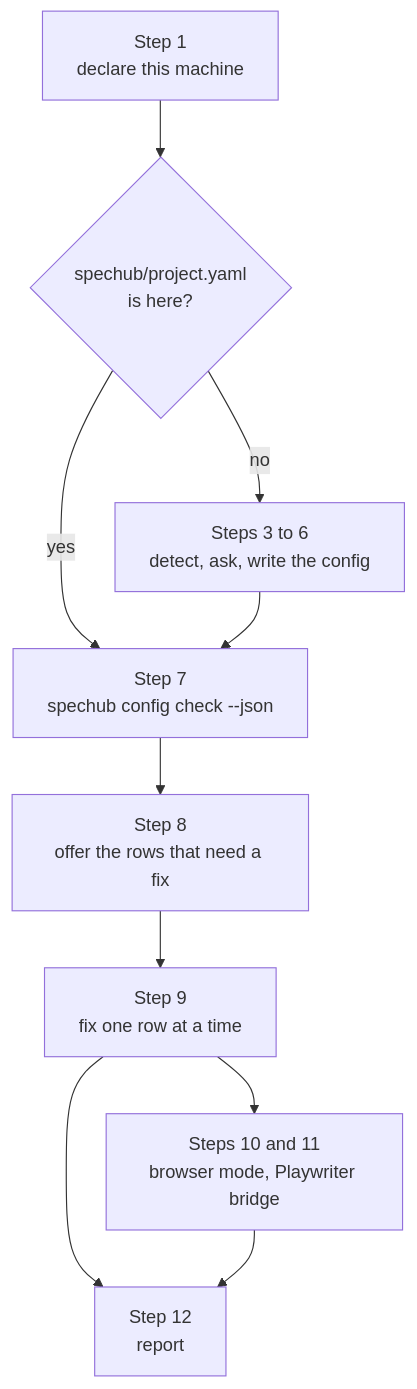
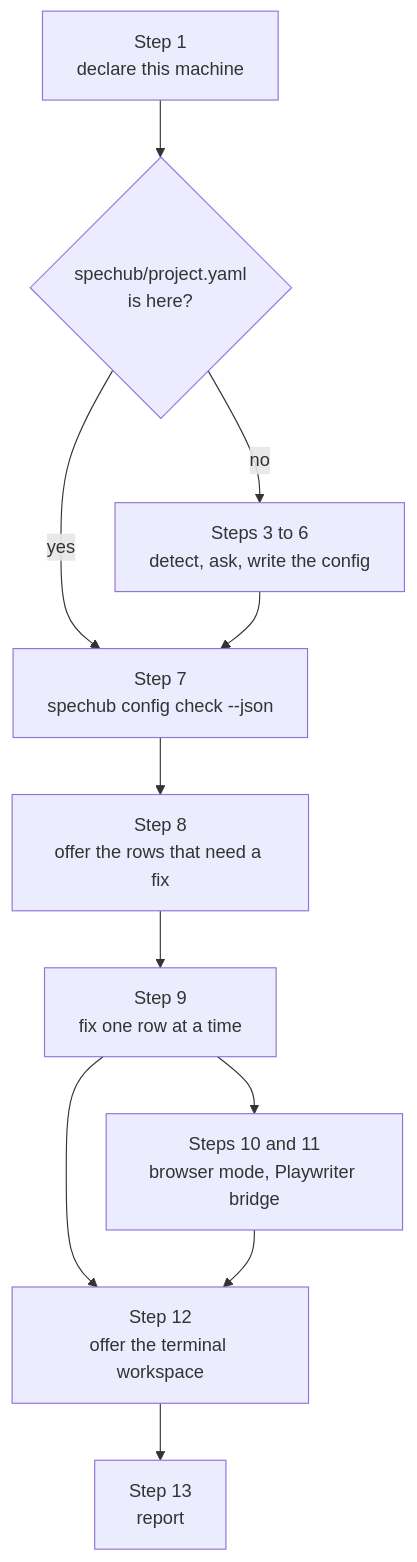
One commit to ac8318740/spechub changed the diagram in skills/setup/SKILL.md. Above: the diagram before and after it, drawn with Mermaid. The commit also changed other lines of this file and 7 other files, not shown here.

First line of the commit message:
feat(setup): offer the terminal workspace once per machine

````diff
--- a/skills/setup/SKILL.md
+++ b/skills/setup/SKILL.md
@@ -19,12 +19,13 @@
 ```mermaid
 flowchart TD
     HOST["Step 1<br/>declare this machine"] --> FORK{"spechub/project.yaml<br/>is here?"}
     FORK -- no --> FIRST["Steps 3 to 6<br/>detect, ask, write the config"]
     FORK -- yes --> CHECK
     FIRST --> CHECK["Step 7<br/>spechub config check --json"]
     CHECK --> MENU["Step 8<br/>offer the rows that need a fix"]
     MENU --> FIX["Step 9<br/>fix one row at a time"]
     FIX --> BROWSER["Steps 10 and 11<br/>browser mode, Playwriter bridge"]
-    FIX --> REPORT["Step 12<br/>report"]
-    BROWSER --> REPORT
+    FIX --> TW["Step 12<br/>offer the terminal workspace"]
+    TW --> REPORT["Step 13<br/>report"]
+    BROWSER --> TW
 ```
````
